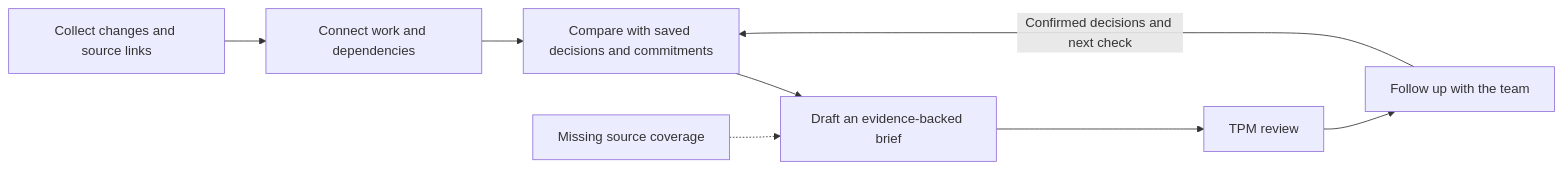
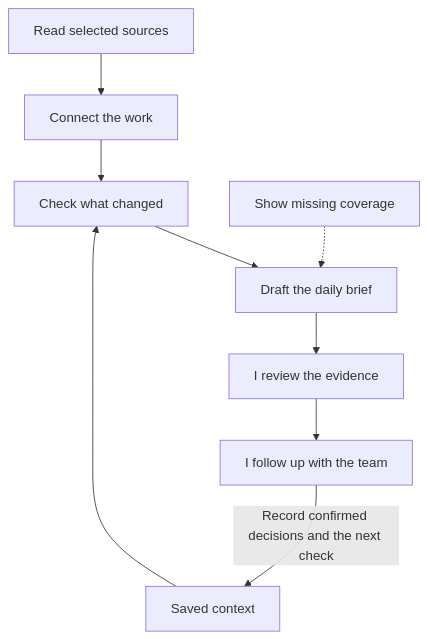
Before and after one commit to arcayne/zcash-TPM: the diagram in output/part-2-design-diagram.mmd, drawn with Mermaid. The commit also changed 13 other files, not shown here.

Commit message:
Simplify assessment notes and clarify the context diagram

```diff
--- a/output/part-2-design-diagram.mmd
+++ b/output/part-2-design-diagram.mmd
@@ -1,8 +1,17 @@
-flowchart LR
-    collect["Collect changes and source links"] --> connect["Connect work and dependencies"]
-    connect --> compare["Compare with saved decisions and commitments"]
-    compare --> brief["Draft an evidence-backed brief"]
-    brief --> review["TPM review"]
-    review --> follow["Follow up with the team"]
-    follow -->|Confirmed decisions and next check| compare
-    coverage["Missing source coverage"] -.-> brief
+flowchart TD
+    sources["Read selected sources"] --> connect["Connect the work"]
+    connect --> compare["Check what changed"]
+    memory["Saved context"] --> compare
+    compare --> brief["Draft the daily brief"]
+    coverage["Show missing coverage"] -.-> brief
+    brief --> review["I review the evidence"]
+    review --> follow["I follow up with the team"]
+    follow -->|Record confirmed decisions and the next check| memory
+    %% detail sources: GitHub, public discussions, and approved chats
+    %% detail connect: Link issues, PRs, and possible dependencies
+    %% detail compare: Check commitments, review waits, and possible downstream impact
+    %% detail brief: Sources, uncertainty, and proposed next steps
+    %% detail review: Confirm links; accept, dismiss, or defer
+    %% detail follow: Resolve questions with the responsible people
+    %% detail memory: Confirmed decisions, dependencies, pause reasons, and next checks
+    %% detail coverage: Name failed checks and the last successful refresh
```
